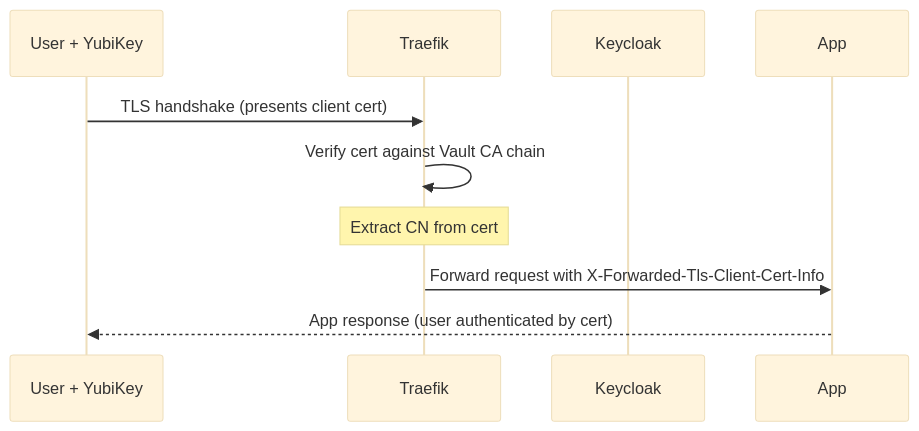
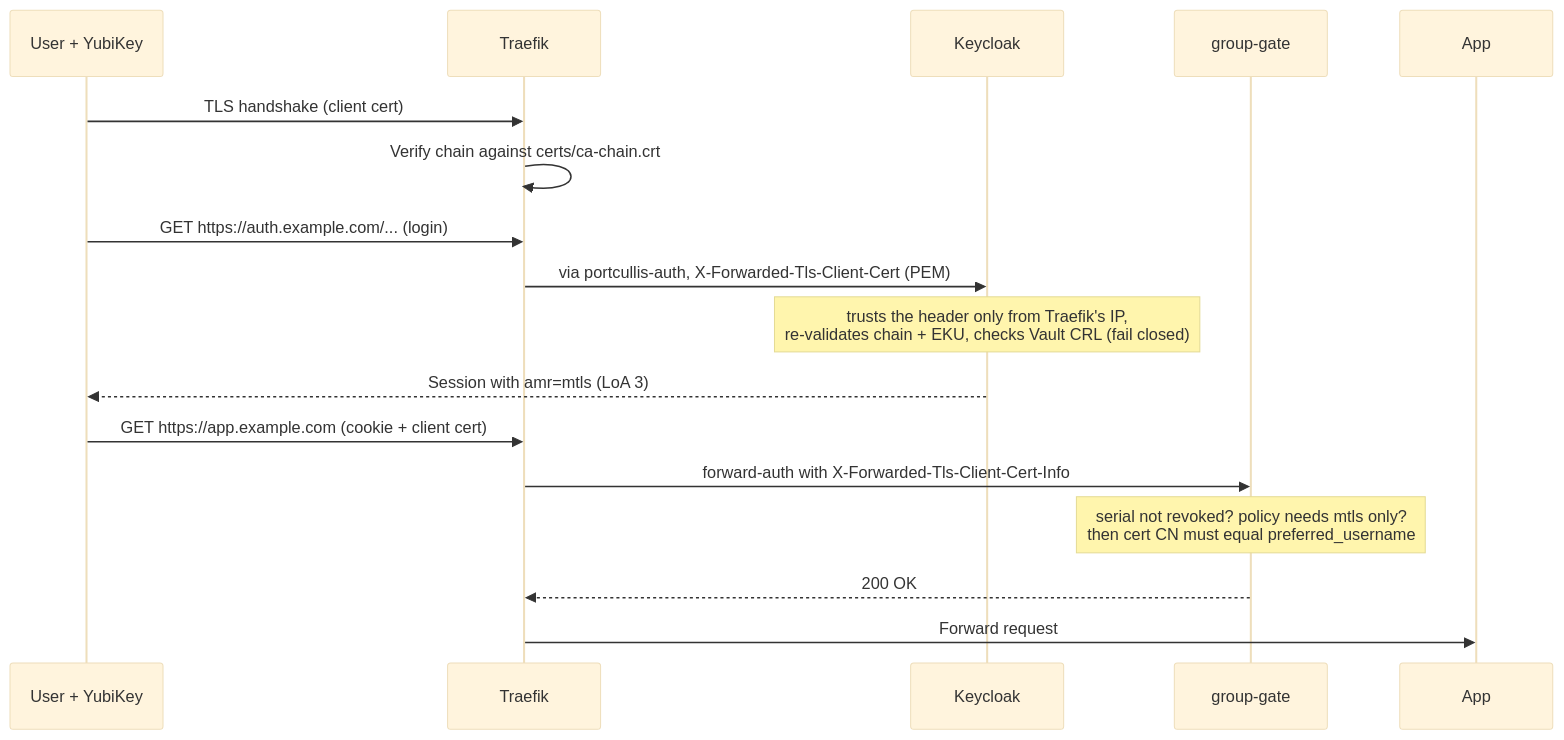
Before and after one commit to porelli/portcullis-docs: the fifth of 6 diagrams in docs/architecture.md, drawn with Mermaid (base theme). The commit also changed other lines of this file and 2 other files, not shown here.

Commit message:
docs: security and hardening page, architecture diagrams with socket proxies and portcullis-auth

````diff
--- a/docs/architecture.md
+++ b/docs/architecture.md
@@ -170,13 +194,20 @@
 ```mermaid
 sequenceDiagram
     participant U as User + YubiKey
     participant T as Traefik
     participant K as Keycloak
+    participant G as group-gate
     participant A as App
 
-    U->>T: TLS handshake (presents client cert)
-    T->>T: Verify cert against Vault CA chain
-    Note over T: Extract CN from cert
-    T->>A: Forward request with X-Forwarded-Tls-Client-Cert-Info
-    A-->>U: App response (user authenticated by cert)
+    U->>T: TLS handshake (client cert)
+    T->>T: Verify chain against certs/ca-chain.crt
+    U->>T: GET https://auth.example.com/... (login)
+    T->>K: via portcullis-auth, X-Forwarded-Tls-Client-Cert (PEM)
+    Note over K: trusts the header only from Traefik's IP,<br/>re-validates chain + EKU, checks Vault CRL (fail closed)
+    K-->>U: Session with amr=mtls (LoA 3)
+    U->>T: GET https://app.example.com (cookie + client cert)
+    T->>G: forward-auth with X-Forwarded-Tls-Client-Cert-Info
+    Note over G: serial not revoked? policy needs mtls only?<br/>then cert CN must equal preferred_username
+    G-->>T: 200 OK
+    T->>A: Forward request
 ```
````
